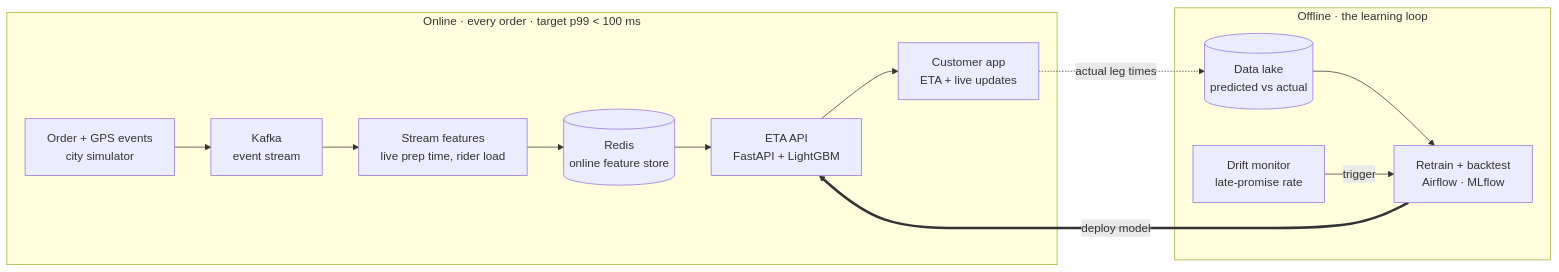
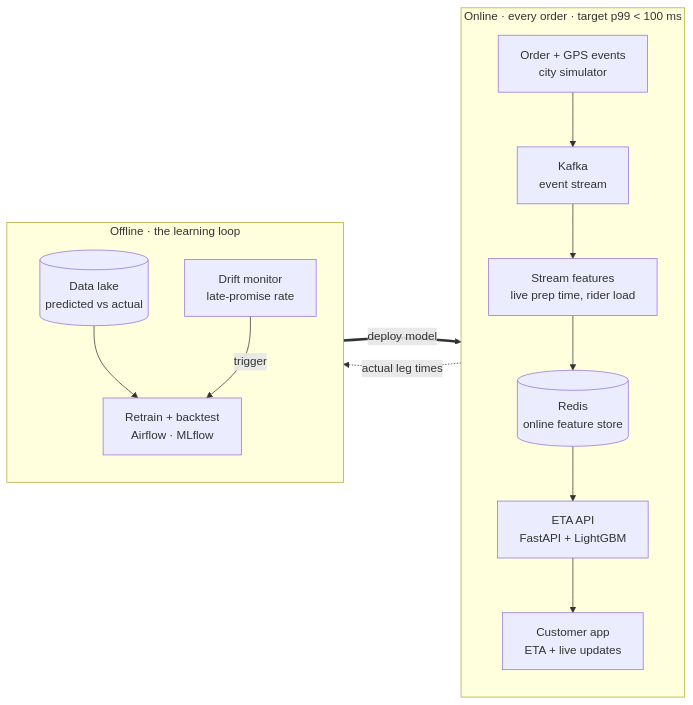
The diagram in README.md (Harnoor001/Realtime-Delivery-ETA), drawn with Mermaid before and after one commit.

Commit message:
Use a vertical layout for the architecture diagram

````diff
--- a/README.md
+++ b/README.md
@@ -30,18 +30,20 @@
 ```mermaid
 flowchart LR
     subgraph ONLINE["Online · every order · target p99 < 100 ms"]
+        direction TB
         A[Order + GPS events<br/>city simulator] --> B[Kafka<br/>event stream]
         B --> C[Stream features<br/>live prep time, rider load]
         C --> D[(Redis<br/>online feature store)]
         D --> E[ETA API<br/>FastAPI + LightGBM]
         E --> F[Customer app<br/>ETA + live updates]
     end
 
     subgraph OFFLINE["Offline · the learning loop"]
+        direction TB
         G[(Data lake<br/>predicted vs actual)] --> H[Retrain + backtest<br/>Airflow · MLflow]
         I[Drift monitor<br/>late-promise rate] -->|trigger| H
     end
 
     F -.->|actual leg times| G
     H ==>|deploy model| E
 ```
````
